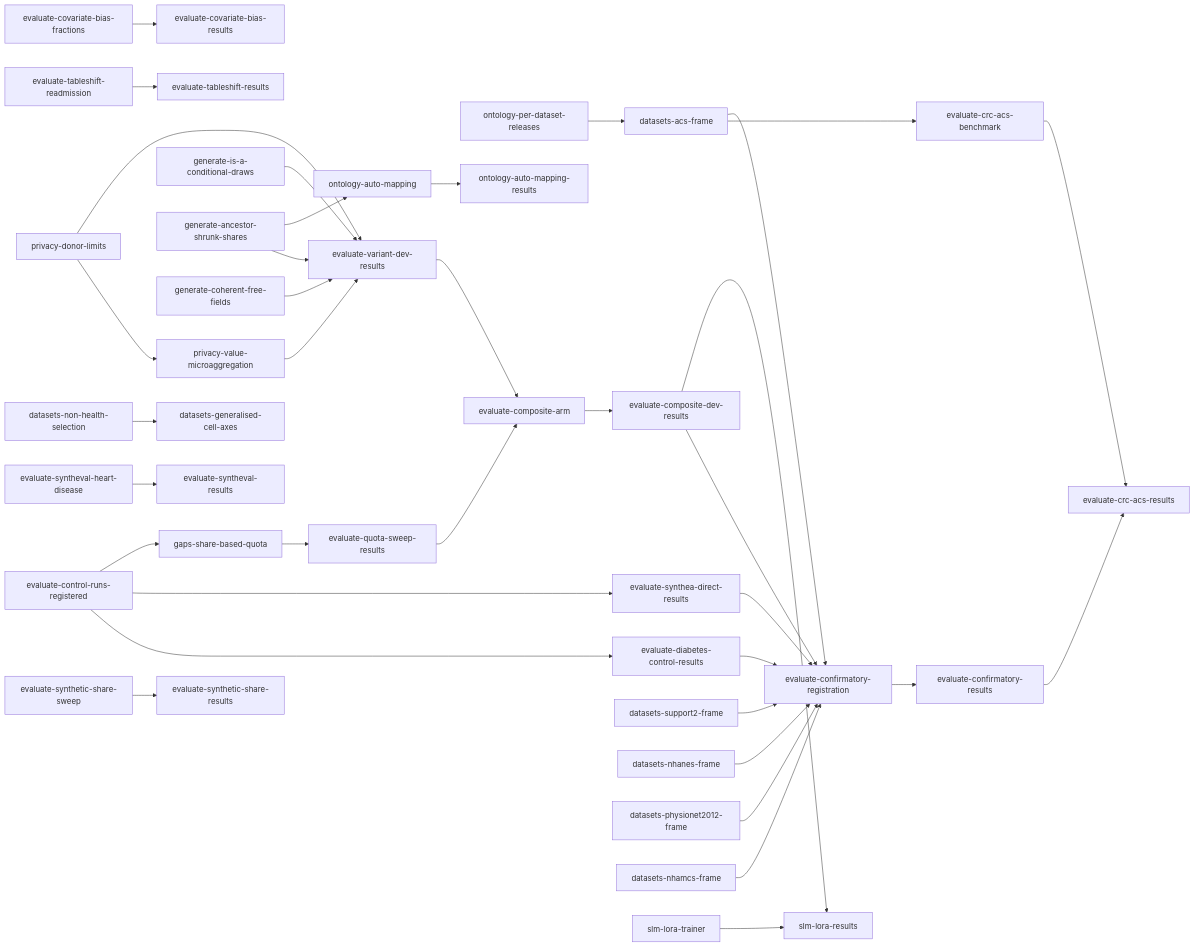
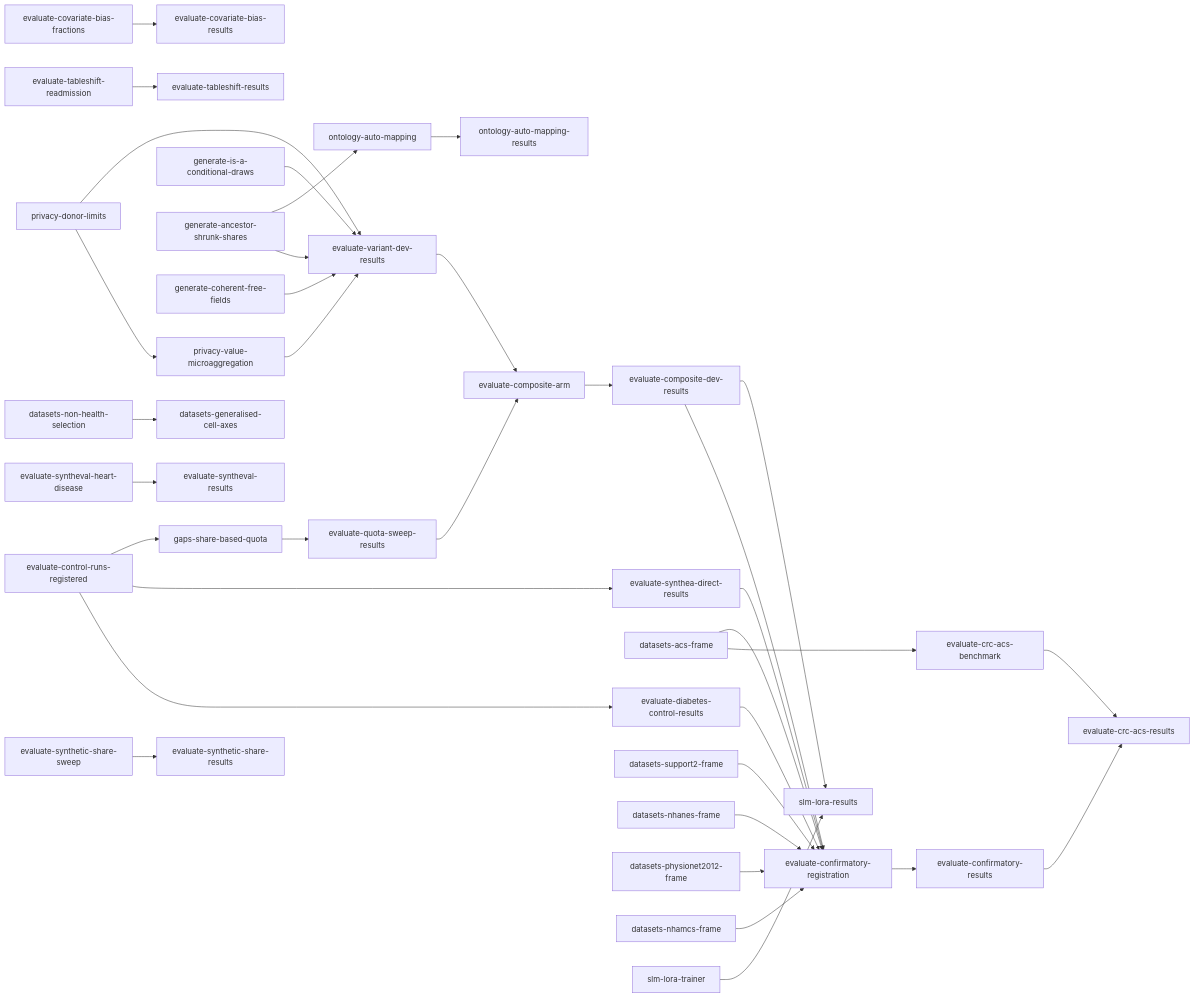
The diagram in tasks/direct-index.md (joe-dartmouth/synthetic), drawn with Mermaid before and after one commit. The commit also changed other lines of this file and 22 other files, not shown here.

First line of the commit message:
Hold ontology releases per dataset and convert OWL-only ones (#124)

````diff
--- a/tasks/direct-index.md
+++ b/tasks/direct-index.md
@@ -78,38 +77,37 @@
 ```mermaid
 flowchart LR
     u37[evaluate-covariate-bias-fractions] --> u38[evaluate-covariate-bias-results]
     u39[evaluate-tableshift-readmission] --> u40[evaluate-tableshift-results]
     u6[evaluate-control-runs-registered] --> u7[evaluate-diabetes-control-results]
     u6 --> u8[evaluate-synthea-direct-results]
     u15[privacy-donor-limits] --> u16[privacy-value-microaggregation]
     u11[generate-is-a-conditional-draws] --> u19[evaluate-variant-dev-results]
     u13[generate-ancestor-shrunk-shares] --> u19
     u15 --> u19
     u16 --> u19
     u17[generate-coherent-free-fields] --> u19
     u6 --> u20[gaps-share-based-quota]
     u20 --> u21[evaluate-quota-sweep-results]
-    u24[ontology-per-dataset-releases] --> u27[datasets-acs-frame]
-    u27 --> u41[evaluate-crc-acs-benchmark]
+    u27[datasets-acs-frame] --> u41[evaluate-crc-acs-benchmark]
     u49[datasets-non-health-selection] --> u50[datasets-generalised-cell-axes]
     u43[evaluate-syntheval-heart-disease] --> u44[evaluate-syntheval-results]
     u19 --> u28[evaluate-composite-arm]
     u21 --> u28
     u28 --> u29[evaluate-composite-dev-results]
     u7 --> u30[evaluate-confirmatory-registration]
     u8 --> u30
     u45[evaluate-synthetic-share-sweep] --> u46[evaluate-synthetic-share-results]
     u25[datasets-support2-frame] --> u30
     u26[datasets-nhanes-frame] --> u30
     u27 --> u30
     u47[datasets-physionet2012-frame] --> u30
     u48[datasets-nhamcs-frame] --> u30
     u29 --> u30
     u30 --> u31[evaluate-confirmatory-results]
     u41 --> u42[evaluate-crc-acs-results]
     u31 --> u42
     u13 --> u32[ontology-auto-mapping]
     u32 --> u33[ontology-auto-mapping-results]
     u29 --> u36[slm-lora-results]
     u35[slm-lora-trainer] --> u36
 ```
````
